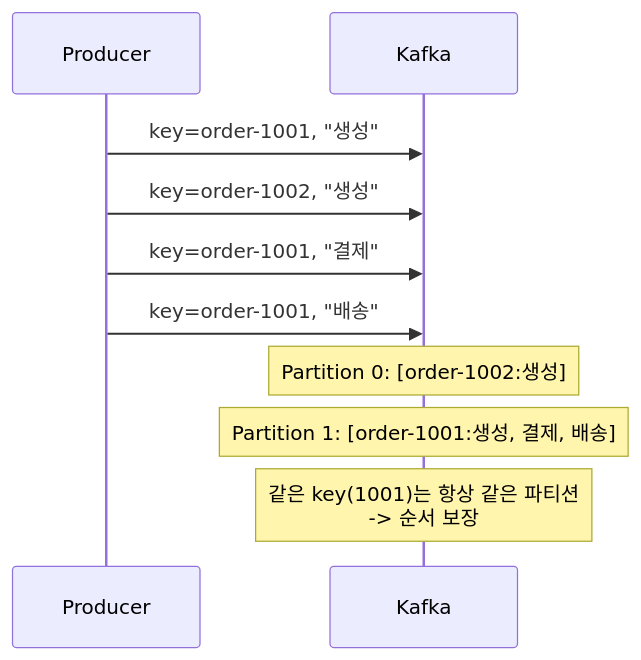
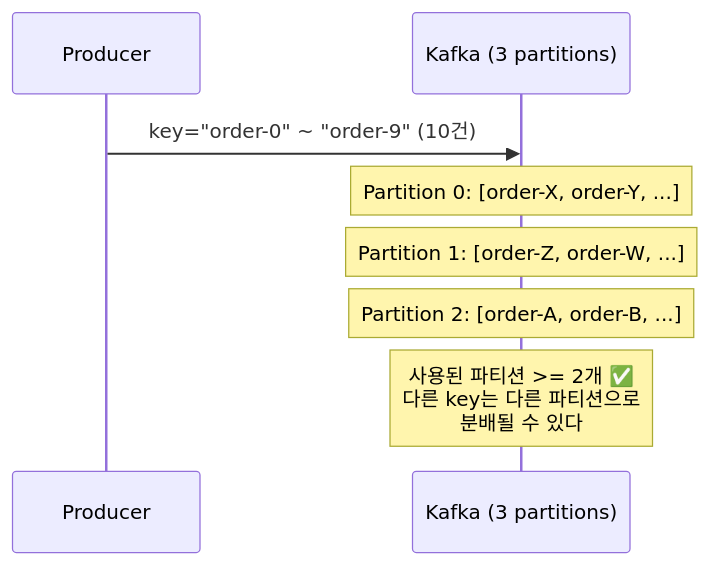
The ninth of 12 diagrams in src/test/java/com/example/messaging/step5_kafka/README.md (katiekim17/messaging-lab), drawn with Mermaid before and after one commit. The commit also changed other lines of this file and 6 other files, not shown here.

````diff
--- a/src/test/java/com/example/messaging/step5_kafka/README.md
+++ b/src/test/java/com/example/messaging/step5_kafka/README.md
@@ -65,14 +195,13 @@
 ```mermaid
 sequenceDiagram
-    participant Producer
-    participant Kafka
+    participant Prod as Producer
+    participant Kafka as Kafka (3 partitions)
 
-    Producer->>Kafka: key=order-1001, "생성"
-    Producer->>Kafka: key=order-1002, "생성"
-    Producer->>Kafka: key=order-1001, "결제"
-    Producer->>Kafka: key=order-1001, "배송"
+    Prod->>Kafka: key="order-0" ~ "order-9" (10건)
 
-    Note over Kafka: Partition 0: [order-1002:생성]
-    Note over Kafka: Partition 1: [order-1001:생성, 결제, 배송]
-    Note over Kafka: 같은 key(1001)는 항상 같은 파티션<br/>-> 순서 보장
+    Note over Kafka: Partition 0: [order-X, order-Y, ...]
+    Note over Kafka: Partition 1: [order-Z, order-W, ...]
+    Note over Kafka: Partition 2: [order-A, order-B, ...]
+
+    Note over Kafka: 사용된 파티션 >= 2개 ✅<br/>다른 key는 다른 파티션으로<br/>분배될 수 있다
 ```
````
